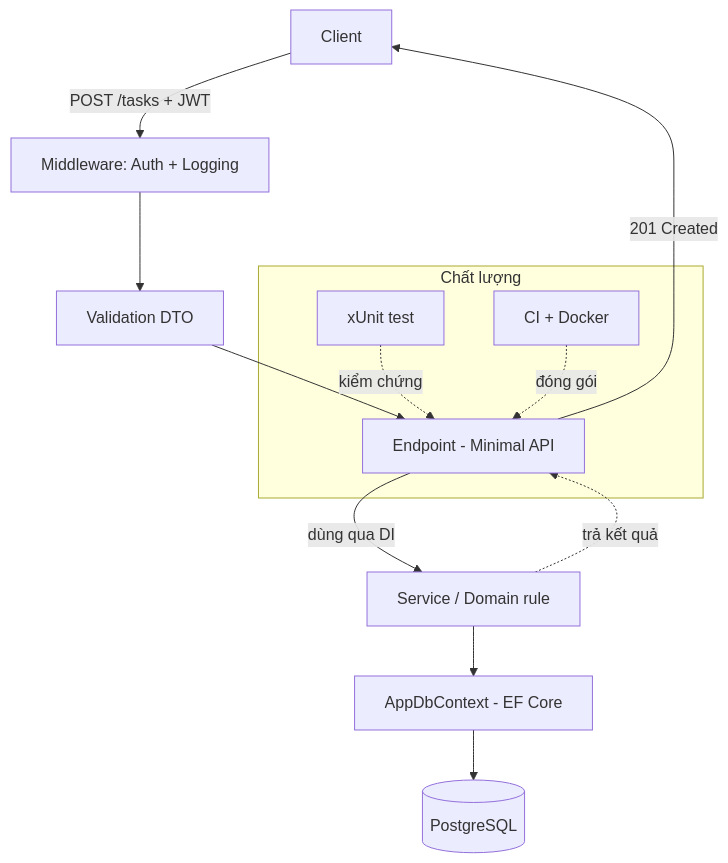
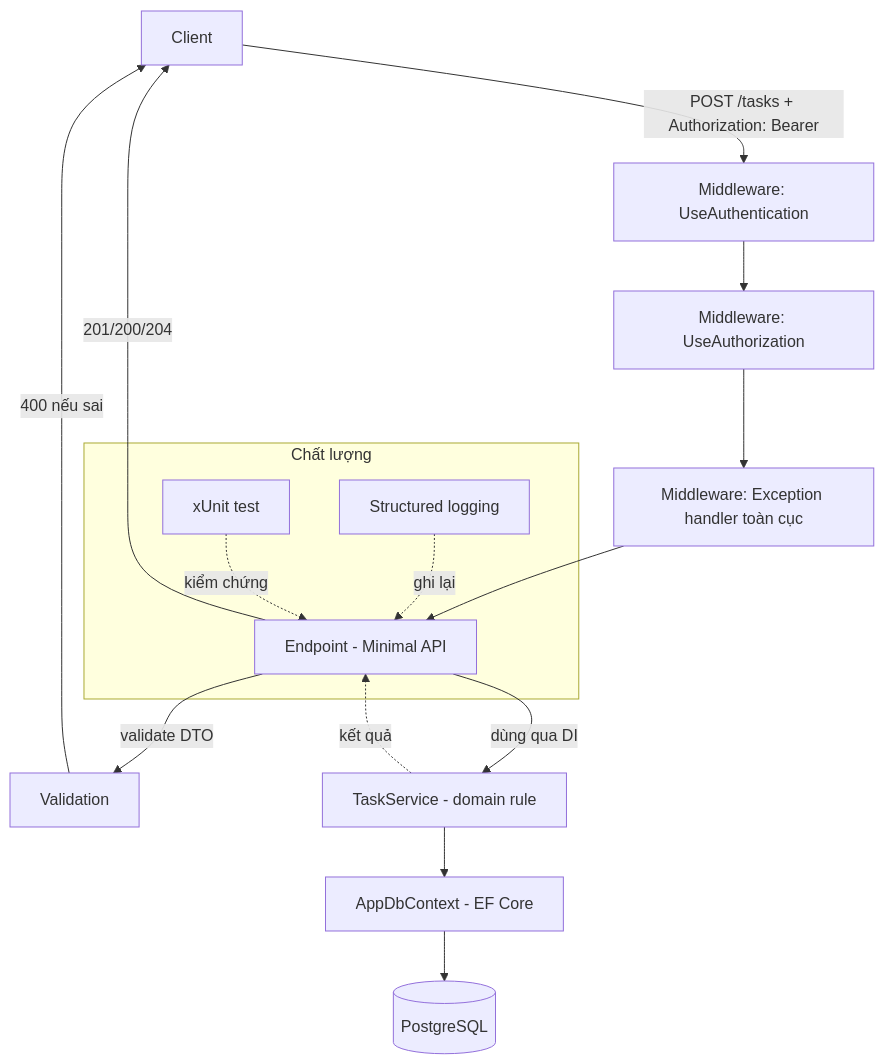
Before and after one commit to iamrealBi/learning-hub-v2: the diagram in docs/p5-ai/capstone.md, drawn with Mermaid. The commit also changed other lines of this file and 4 other files, not shown here.

````diff
--- a/docs/p5-ai/capstone.md
+++ b/docs/p5-ai/capstone.md
@@ -53,15 +64,18 @@
 ```mermaid
 flowchart TD
-    C[Client] -->|POST /tasks + JWT| MW[Middleware: Auth + Logging]
-    MW --> V[Validation DTO]
-    V --> EP[Endpoint - Minimal API]
-    EP -->|dùng qua DI| SVC[Service / Domain rule]
+    C[Client] -->|POST /tasks + Authorization: Bearer| MW1[Middleware: UseAuthentication]
+    MW1 --> MW2[Middleware: UseAuthorization]
+    MW2 --> MW3[Middleware: Exception handler toàn cục]
+    MW3 --> EP[Endpoint - Minimal API]
+    EP -->|validate DTO| VAL[Validation]
+    VAL -->|400 nếu sai| C
+    EP -->|dùng qua DI| SVC[TaskService - domain rule]
     SVC --> REPO[AppDbContext - EF Core]
     REPO --> PG[(PostgreSQL)]
-    SVC -.->|trả kết quả| EP
-    EP -->|201 Created| C
+    SVC -.->|kết quả| EP
+    EP -->|201/200/204| C
     subgraph Chất lượng
+      LOG[Structured logging] -.ghi lại.-> EP
       T[xUnit test] -.kiểm chứng.-> EP
-      CI[CI + Docker] -.đóng gói.-> EP
     end
 ```
````
